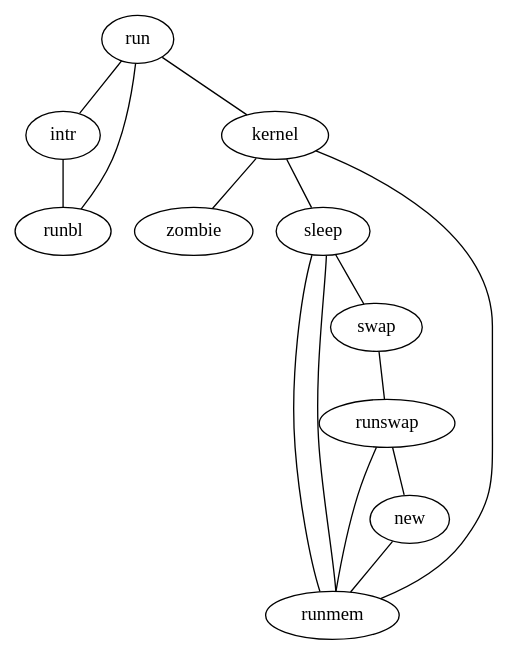
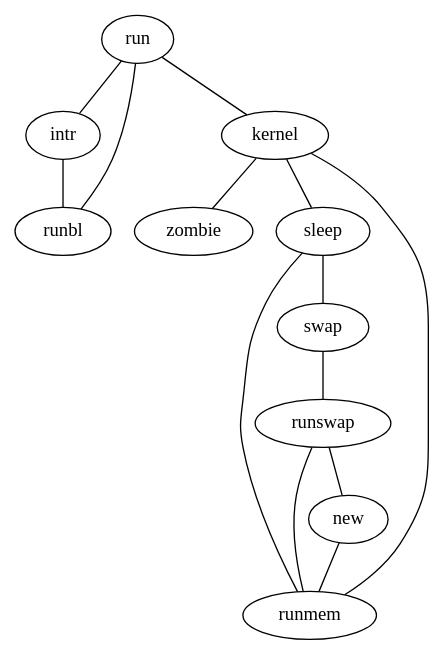
The diagram in test-output/graph.gv (IshMehta/DSViz), drawn with Graphviz before and after one commit. The commit also changed 2 other files, not shown here.

Commit message:
Update Graph example

```diff
--- a/test-output/graph.gv
+++ b/test-output/graph.gv
@@ -1,16 +1,15 @@
 graph {
 	run -- intr
 	run -- kernel
 	intr -- runbl
 	runbl -- run
 	kernel -- zombie
 	kernel -- sleep
 	kernel -- runmem
 	sleep -- swap
 	sleep -- runmem
 	swap -- runswap
 	runswap -- new
 	runswap -- runmem
 	new -- runmem
-	runmem -- sleep
 }
```
